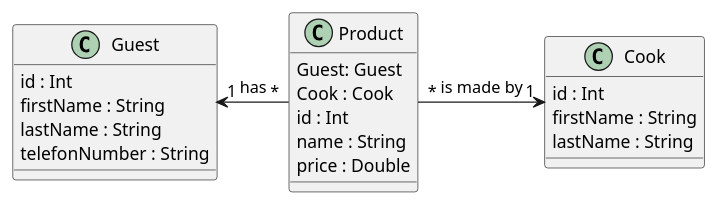
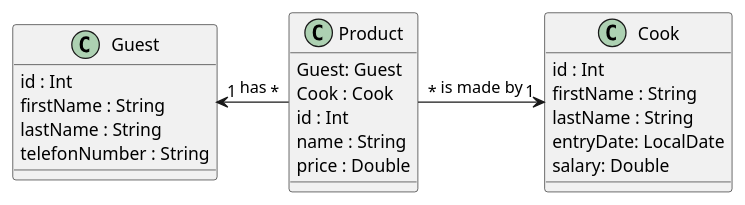
One commit to 2122-5ahitm-sew/01-microproject-TangSandy changed the diagram in asciidocs/plantuml/cld.puml. Above: the diagram before and after it, drawn with PlantUML.

Commit message:
update cld

```diff
--- a/asciidocs/plantuml/cld.puml
+++ b/asciidocs/plantuml/cld.puml
@@ -1,28 +1,30 @@
 @startuml
 
 class Guest {
    id : Int
    firstName : String
    lastName : String
    telefonNumber : String
 }
 
 class Product {
    Guest: Guest
    Cook : Cook
    id : Int
    name : String
    price : Double
 }
 
 class Cook {
    id : Int
    firstName : String
    lastName : String
+   entryDate: LocalDate
+   salary: Double
 }
 
 Product "*" -left-> "1"  Guest: has
 Product "*" -right-> "1"  Cook: is made by
 
 
 @enduml
```
